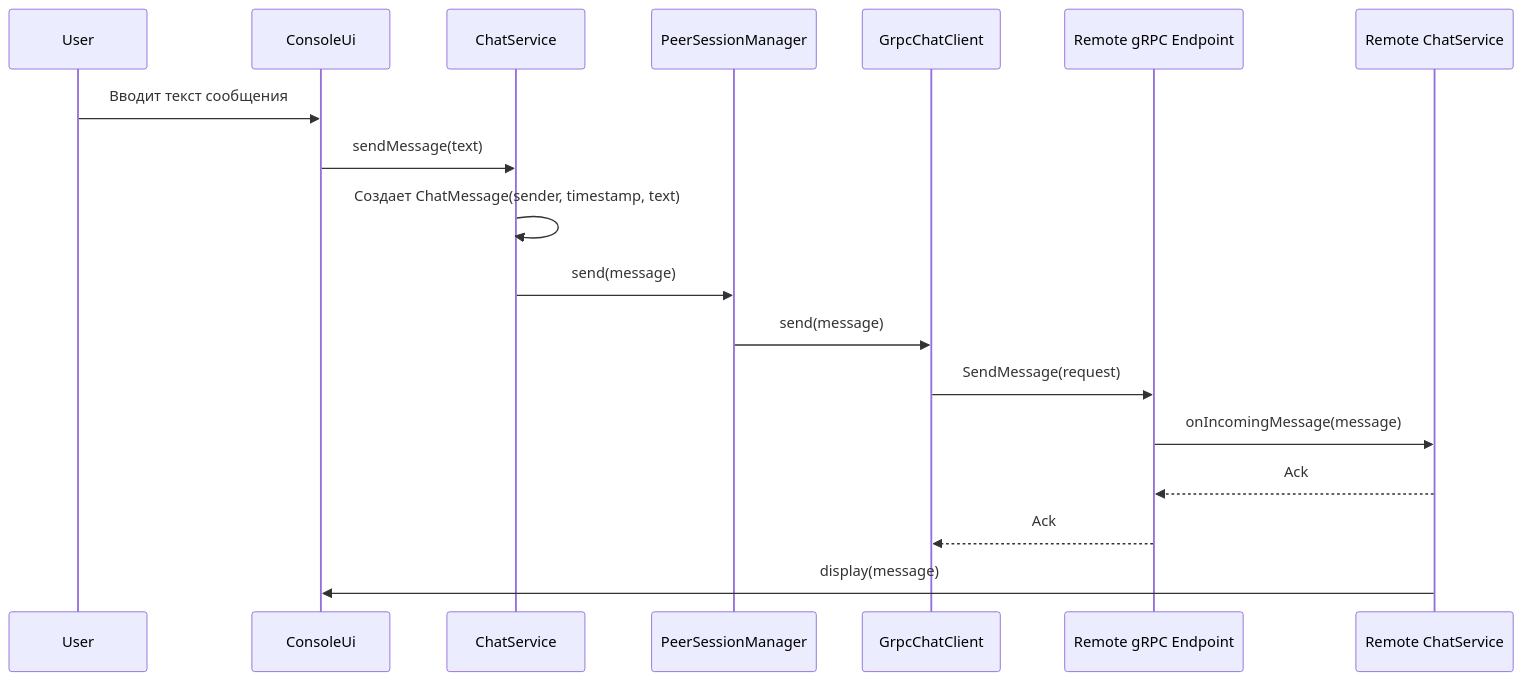
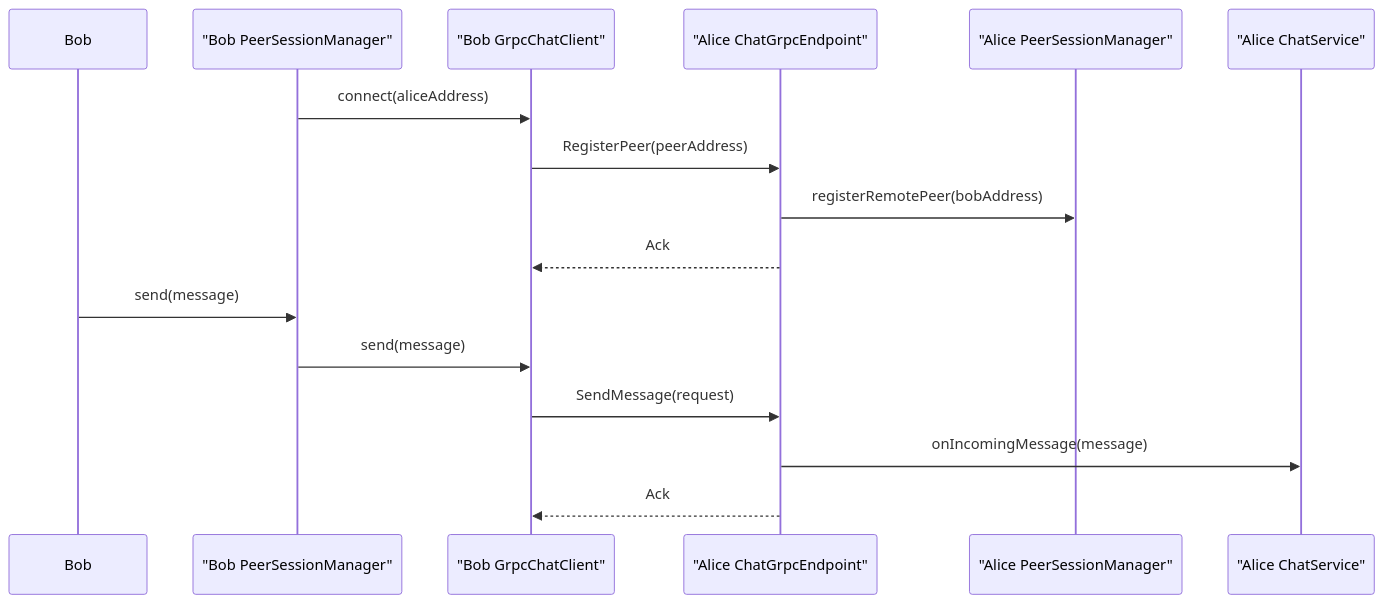
Before and after one commit to gtmnnn/Dialexis: the third of 3 diagrams in docs/ARCHITECTURE.md, drawn with Mermaid. The commit also changed other lines of this file and 1 other file, not shown here.

````diff
--- a/docs/ARCHITECTURE.md
+++ b/docs/ARCHITECTURE.md
@@ -300,21 +357,20 @@
 ```mermaid
 sequenceDiagram
-    participant User
-    participant ConsoleUi
-    participant ChatService
-    participant PeerSessionManager
-    participant GrpcChatClient
-    participant RemotePeer as Remote gRPC Endpoint
-    participant RemoteService as Remote ChatService
+    participant Bob
+    participant BobSession as "Bob PeerSessionManager"
+    participant BobClient as "Bob GrpcChatClient"
+    participant AliceEndpoint as "Alice ChatGrpcEndpoint"
+    participant AliceSession as "Alice PeerSessionManager"
+    participant AliceService as "Alice ChatService"
 
-    User->>ConsoleUi: Вводит текст сообщения
-    ConsoleUi->>ChatService: sendMessage(text)
-    ChatService->>ChatService: Создает ChatMessage(sender, timestamp, text)
-    ChatService->>PeerSessionManager: send(message)
-    PeerSessionManager->>GrpcChatClient: send(message)
-    GrpcChatClient->>RemotePeer: SendMessage(request)
-    RemotePeer->>RemoteService: onIncomingMessage(message)
-    RemoteService-->>RemotePeer: Ack
-    RemotePeer-->>GrpcChatClient: Ack
-    RemoteService->>ConsoleUi: display(message)
+    BobSession->>BobClient: connect(aliceAddress)
+    BobClient->>AliceEndpoint: RegisterPeer(peerAddress)
+    AliceEndpoint->>AliceSession: registerRemotePeer(bobAddress)
+    AliceEndpoint-->>BobClient: Ack
+
+    Bob->>BobSession: send(message)
+    BobSession->>BobClient: send(message)
+    BobClient->>AliceEndpoint: SendMessage(request)
+    AliceEndpoint->>AliceService: onIncomingMessage(message)
+    AliceEndpoint-->>BobClient: Ack
 ```
````
